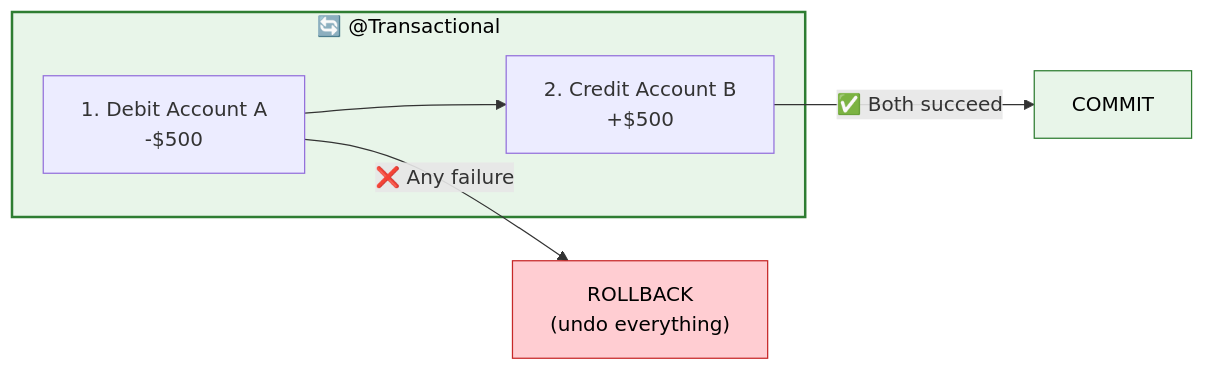
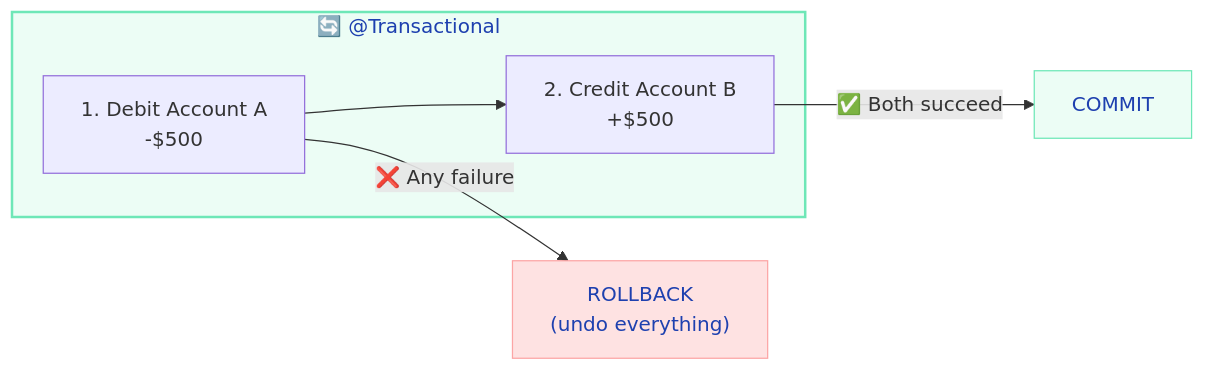
The first of 4 diagrams in docs/springboot/transactions.md (saivamsikaruturi/vamsilabs-dev-notes-main), drawn with Mermaid before and after one commit. The commit also changed other lines of this file and 220 other files, not shown here.

First line of the commit message:
Add 50+ new Java/Spring Boot pages, rewrite CSS code blocks to Oracle style, fix all diagram colors

````diff
--- a/docs/springboot/transactions.md
+++ b/docs/springboot/transactions.md
@@ -10,13 +10,13 @@
 ```mermaid
 flowchart LR
     subgraph TX["🔄 @Transactional"]
         S1["1. Debit Account A<br/>-$500"] --> S2["2. Credit Account B<br/>+$500"]
     end
     
     S2 -->|"✅ Both succeed"| Commit["COMMIT"]
     S1 -->|"❌ Any failure"| Rollback["ROLLBACK<br/>(undo everything)"]
 
-    style TX fill:#E8F5E9,stroke:#2E7D32,stroke-width:2px,color:#000
-    style Commit fill:#E8F5E9,stroke:#2E7D32,color:#000
-    style Rollback fill:#FFCDD2,stroke:#C62828,color:#000
+    style TX fill:#ECFDF5,stroke:#6EE7B7,stroke-width:2px,color:#1E40AF
+    style Commit fill:#ECFDF5,stroke:#6EE7B7,color:#1E40AF
+    style Rollback fill:#FEE2E2,stroke:#FCA5A5,color:#1E40AF
 ```
````
